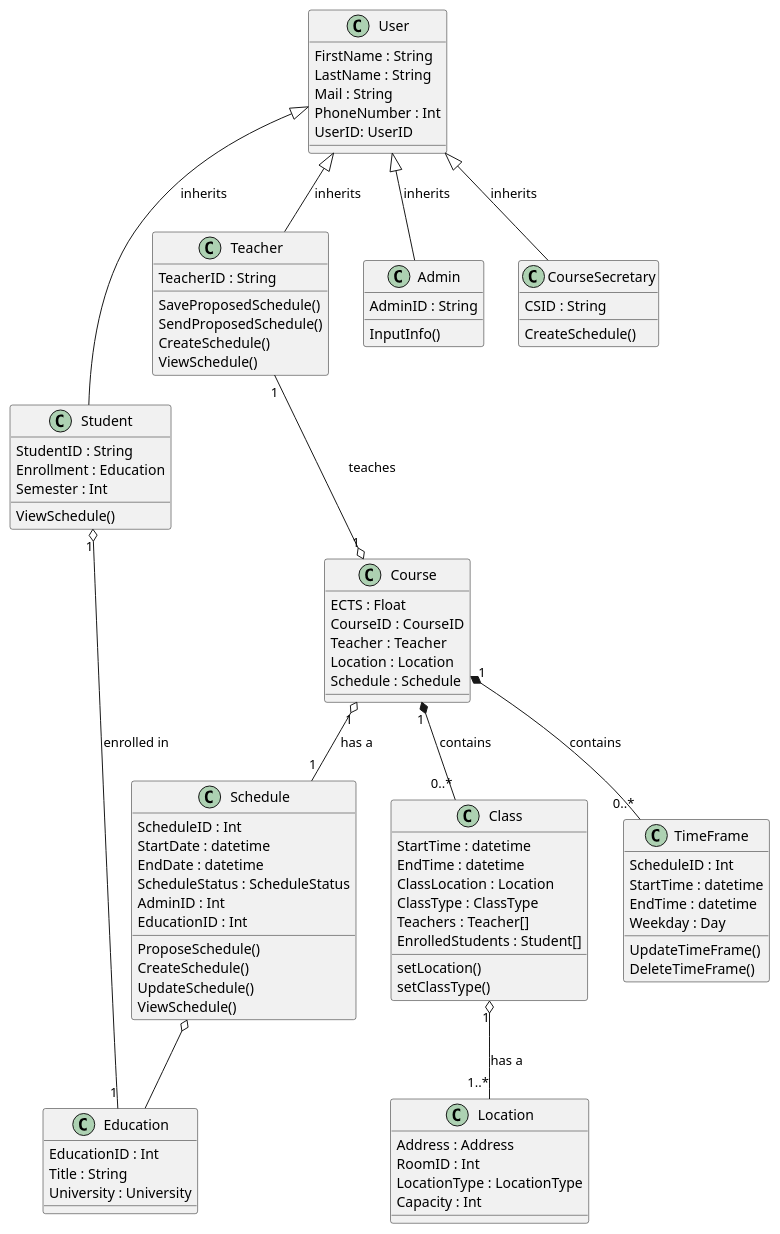
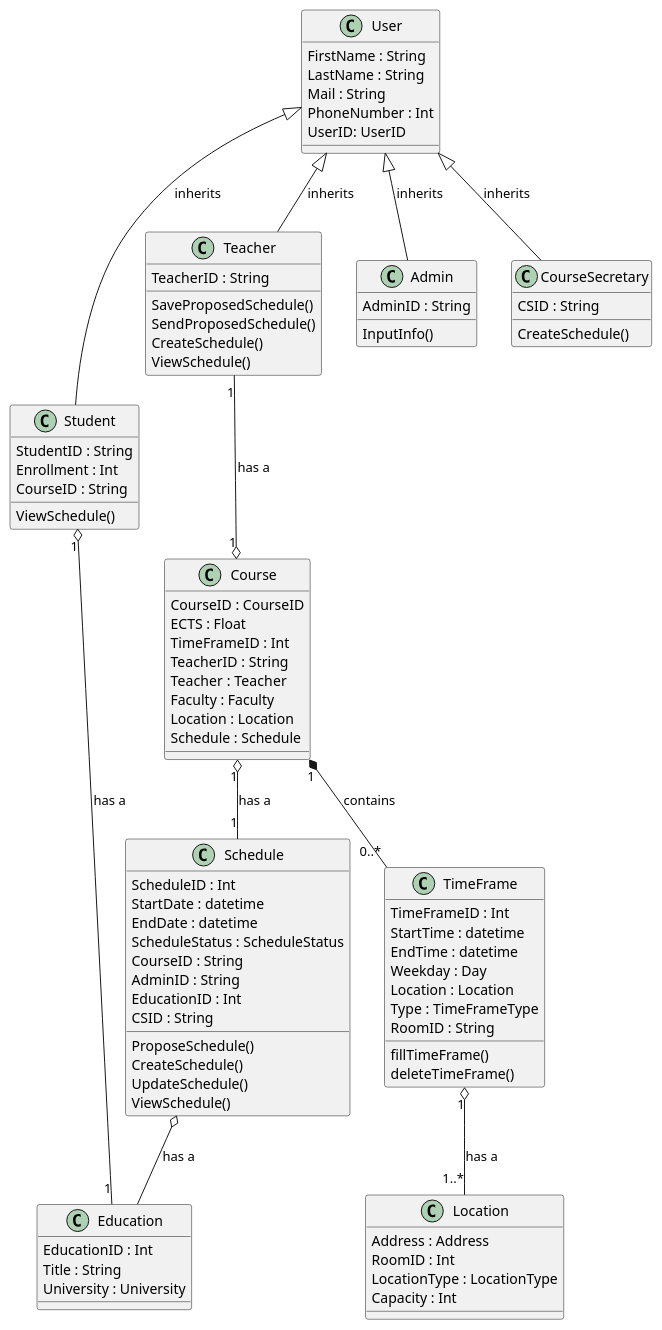
The diagram in Diagrams/ClassDiagram.puml (frejabauch/Systemudvikling_FSIS), drawn with PlantUML before and after one commit.

Commit message:
Updated class diagram

```diff
--- a/Diagrams/ClassDiagram.puml
+++ b/Diagrams/ClassDiagram.puml
@@ -1,124 +1,132 @@
 @startuml ClassDiagram
 
 class Education {
     EducationID : Int
     Title : String
     University : University
 }
 
 class Schedule{
     ScheduleID : Int
     StartDate : datetime
     EndDate : datetime
     ScheduleStatus : ScheduleStatus
-    AdminID : Int
+    CourseID : String
+    AdminID : String
     EducationID : Int
+    CSID : String
     ProposeSchedule()
     CreateSchedule()
     UpdateSchedule()
     ViewSchedule()
 }
 
 class Location{
     Address : Address
     RoomID : Int
     LocationType : LocationType
     Capacity : Int
 }
 
 class Course{
+    CourseID : CourseID
     ECTS : Float
-    CourseID : CourseID
+    TimeFrameID : Int
+    TeacherID : String
     Teacher : Teacher
+    Faculty : Faculty
     Location : Location
     Schedule : Schedule
 }
 
-class Class{
-    StartTime : datetime
-    EndTime : datetime
-    ClassLocation : Location
-    ClassType : ClassType
-    Teachers : Teacher[]
-    EnrolledStudents : Student[]
-    setLocation()
-    setClassType()
-}
+' class Class{
+'     StartTime : datetime
+'     EndTime : datetime
+'     ClassLocation : Location
+'     ClassType : ClassType
+'     Teachers : Teacher[]
+'     EnrolledStudents : Student[]
+'     setLocation()
+'     setClassType()
+' }
 
 ' class Login{
 '     LoginType : LogType
 '     UserType : UType
 '     authenticate()
 ' }
 
 class User{
     FirstName : String
     LastName : String
     Mail : String
     PhoneNumber : Int
     UserID: UserID
 }
 
 ' class Semester{
 '     Courses : Course[]
 '     StartDate : Datetime
 ' }
 
 class Student{
     StudentID : String
-    Enrollment : Education
-    Semester : Int
+    Enrollment : Int
+    CourseID : String
     ViewSchedule()
 }
 
 class Teacher{
     TeacherID : String
     SaveProposedSchedule()
     SendProposedSchedule()
     CreateSchedule()
     ViewSchedule()
 }
 
 class Admin{
     AdminID : String
     InputInfo()
 }
 
 class TimeFrame{
-    ScheduleID : Int
+    TimeFrameID : Int
     StartTime : datetime
     EndTime : datetime
     Weekday : Day
-    UpdateTimeFrame()
-    DeleteTimeFrame()
+    Location : Location
+    Type : TimeFrameType
+    RoomID : String
+    fillTimeFrame()
+    deleteTimeFrame()
 }
 
 class CourseSecretary{
     CSID : String
     CreateSchedule()
 }
 
 ' User"1" o-- "1" Schedule : has a
 Course"1" o-- "1" Schedule : has a
 ' Student"1" o-- "1" Schedule : has a
 ' Teacher"1" o-- "1" Schedule : has a
 
 ' Education"1" *-- "4..6" Semester : contains
 
-Class "1" o-- "1..*"Location : has a
+TimeFrame "1" o-- "1..*"Location : has a
 
 User <|-- Student : inherits
 User <|-- Teacher : inherits
 User <|-- Admin : inherits
 User <|-- CourseSecretary : inherits
 
 ' Semester"1" *-- "1..*" Course : contains
-Course"1" *-- "0..*" Class : contains
+' Course"1" *-- "0..*" Class : contains
 Course"1" *-- "0..*" TimeFrame : contains
-Teacher"1" --o "1" Course : teaches
-Student"1" o-- "1" Education : enrolled in
-Schedule o-- Education 
+Teacher"1" --o "1" Course : has a
+Student"1" o-- "1" Education : has a
+Schedule o-- Education : has a
 
 ' Login "1" -- "1" User : login
 
 @enduml
```
